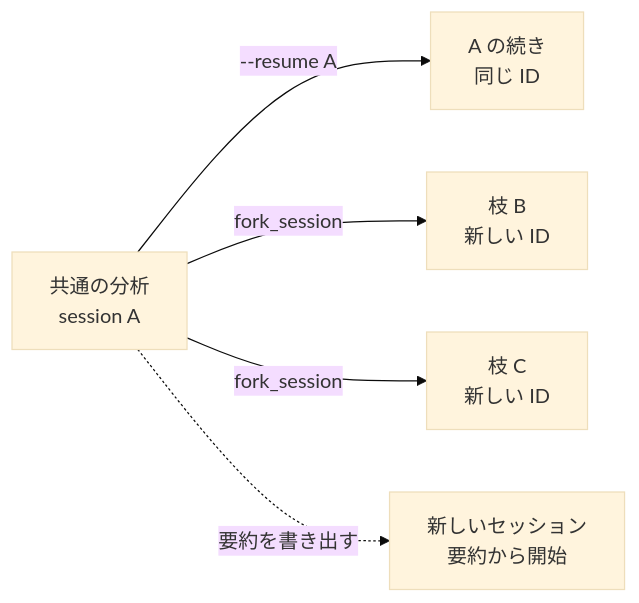
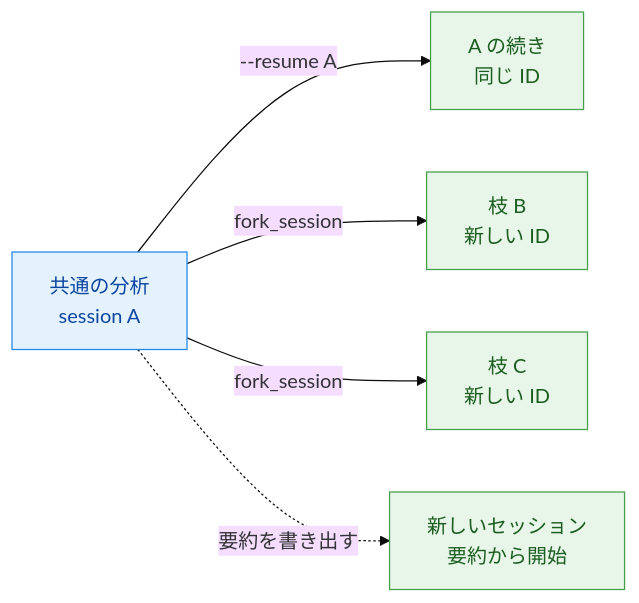
Before and after one commit to yuya-take/yuya-exam-notes: the diagram in ccaf/notes/01-agentic-architecture/session-resume-fork.md, drawn with Mermaid (base theme). The commit also changed other lines of this file and 50 other files, not shown here.

````diff
--- a/ccaf/notes/01-agentic-architecture/session-resume-fork.md
+++ b/ccaf/notes/01-agentic-architecture/session-resume-fork.md
@@ -12,7 +12,11 @@
 ```mermaid
 flowchart LR
-  A[共通の分析<br>session A] -->|--resume A| A2[A の続き<br>同じ ID]
-  A -->|fork_session| B[枝 B<br>新しい ID]
-  A -->|fork_session| C[枝 C<br>新しい ID]
-  A -.->|要約を書き出す| N[新しいセッション<br>要約から開始]
+  A["共通の分析<br>session A"] -->|--resume A| A2["A の続き<br>同じ ID"]
+  A -->|fork_session| B["枝 B<br>新しい ID"]
+  A -->|fork_session| C["枝 C<br>新しい ID"]
+  A -.->|要約を書き出す| N["新しいセッション<br>要約から開始"]
+  classDef run fill:#e3f2fd,stroke:#1e88e5,color:#0d47a1
+  classDef done fill:#e8f5e9,stroke:#43a047,color:#1b5e20
+  class A run
+  class A2,B,C,N done
 ```
````
